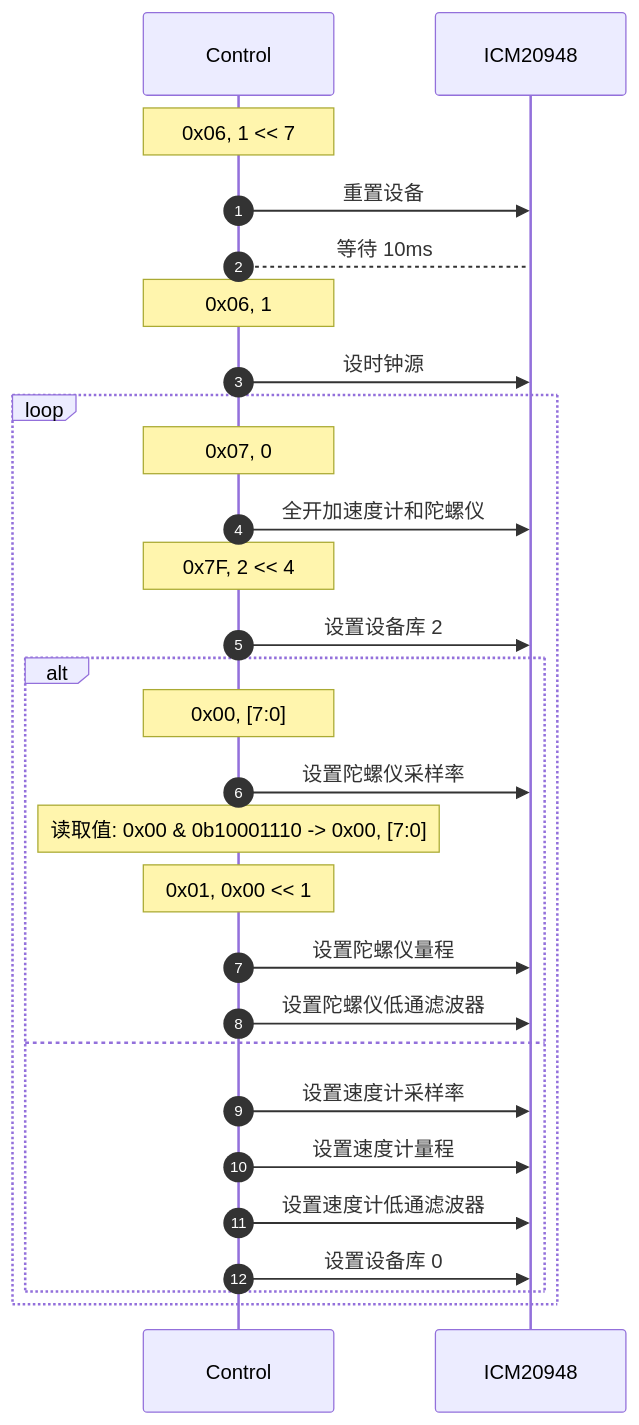
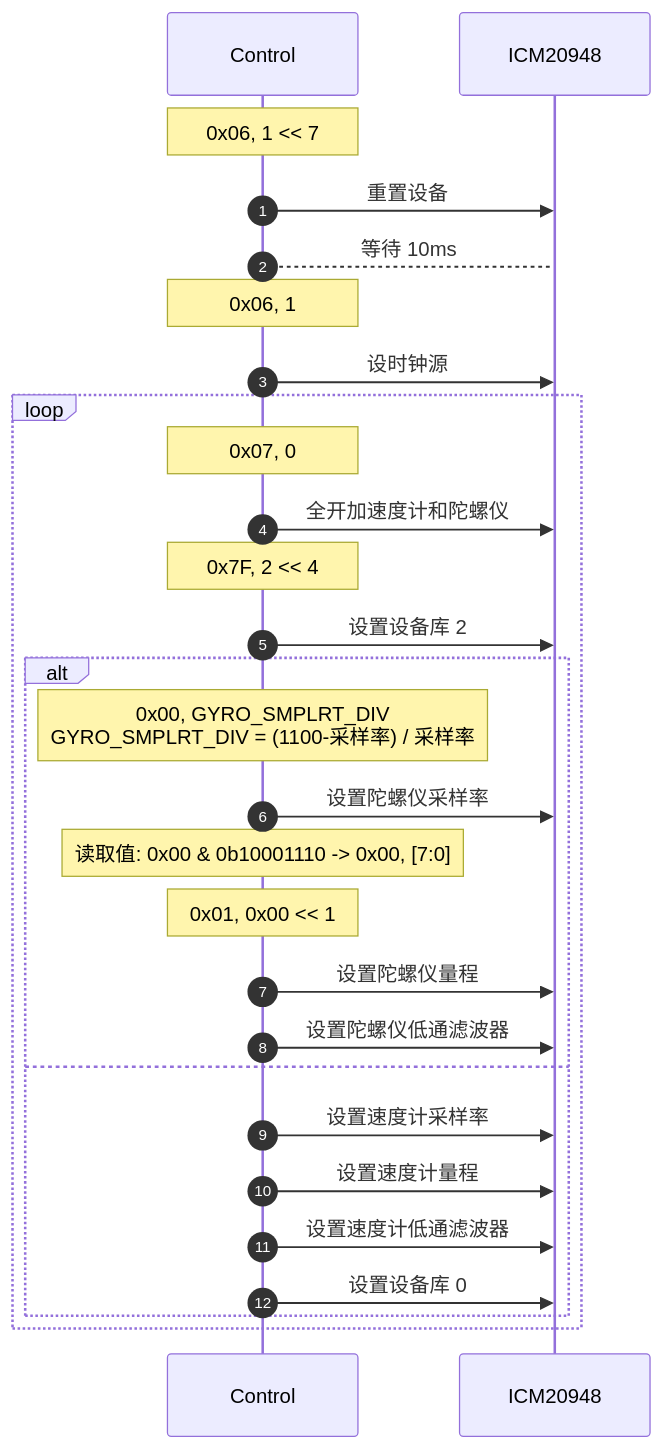
One commit to hkdickyko/hkdickyko.github.io changed the second of 3 diagrams in _posts/2025-04-06-mdchart.md. Above: the diagram before and after it, drawn with Mermaid.

```diff
--- a/_posts/2025-04-06-mdchart.md
+++ b/_posts/2025-04-06-mdchart.md
@@ -145,30 +145,30 @@
 <div class="mermaid">
 sequenceDiagram;
    autonumber;
    participant C as Control;
    participant I as ICM20948;
    note over C: 0x06, 1 << 7;
    C->>I: 重置设备;
    C-->I: 等待 10ms
    note over C: 0x06, 1;
    C->>I: 设时钟源;
    loop;
    note over C: 0x07, 0;
    C->>I: 全开加速度计和陀螺仪;
    note over C: 0x7F, 2 << 4;
    C->>I: 设置设备库 2;
    alt;
-   note over C: 0x00, [7:0];
+   note over C: 0x00, GYRO_SMPLRT_DIV<br>GYRO_SMPLRT_DIV = (1100-采样率) / 采样率;
    C->>I: 设置陀螺仪采样率;
    note over C: 读取值: 0x00 & 0b10001110 -> 0x00, [7:0];
    note over C: 0x01, 0x00 << 1;
    C->>I: 设置陀螺仪量程;
    C->>I: 设置陀螺仪低通滤波器;
    else;
    C->>I: 设置速度计采样率;
    C->>I: 设置速度计量程;
    C->>I: 设置速度计低通滤波器;
    C->>I: 设置设备库 0;
    end
    end
 </div>
```
